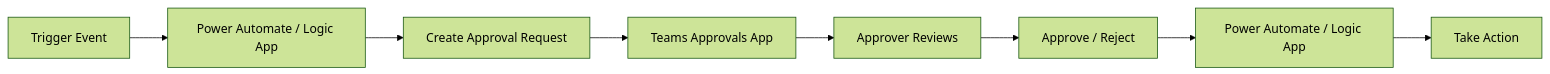
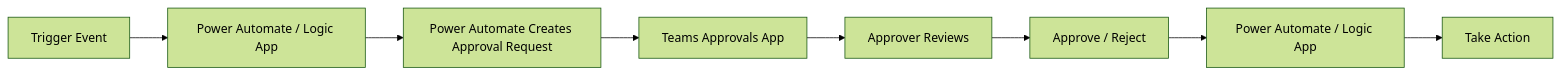
The diagram in posts/2026-02-16-how-to-integrate-microsoft-teams-approvals-with-power-automate-and-azure-logic-apps/README.md (OneUptime/blog), drawn with Mermaid (forest theme) before and after one commit. The commit also changed other lines of this file and 2 other files, not shown here.

Commit message:
validate: 2026-02-16-how-to-integrate-microsoft-teams-approvals-with-power-automate-and-azure-logic-apps

````diff
--- a/posts/2026-02-16-how-to-integrate-microsoft-teams-approvals-with-power-automate-and-azure-logic-apps/README.md
+++ b/posts/2026-02-16-how-to-integrate-microsoft-teams-approvals-with-power-automate-and-azure-logic-apps/README.md
@@ -19,10 +19,10 @@
 ```mermaid
 graph LR
     A[Trigger Event] --> B[Power Automate / Logic App]
-    B --> C[Create Approval Request]
+    B --> C[Power Automate Creates Approval Request]
     C --> D[Teams Approvals App]
     D --> E[Approver Reviews]
     E --> F[Approve / Reject]
     F --> G[Power Automate / Logic App]
     G --> H[Take Action]
 ```
````
